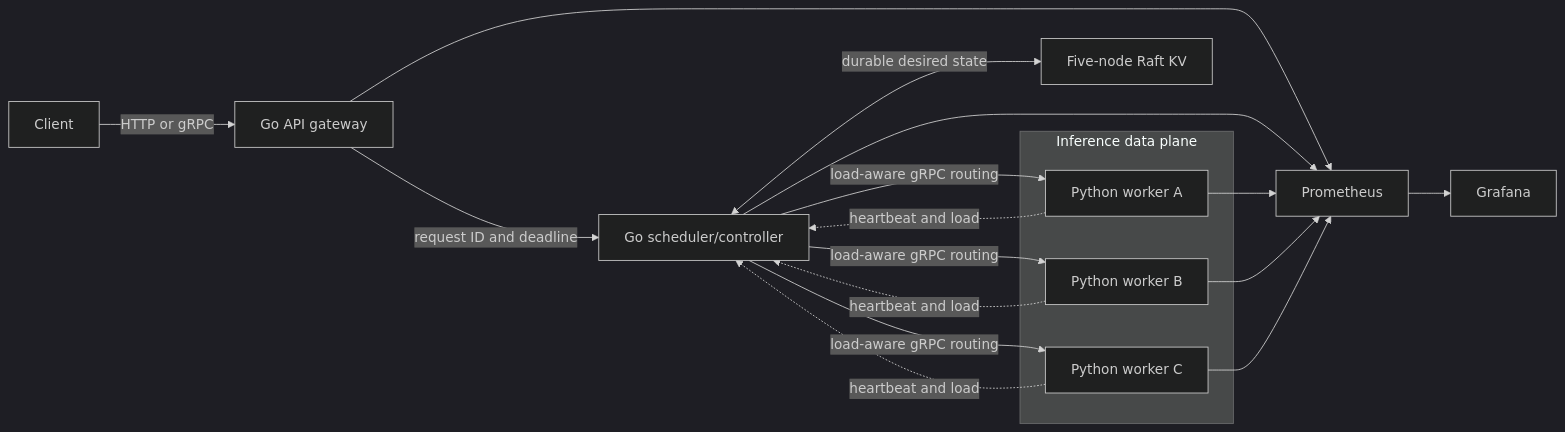
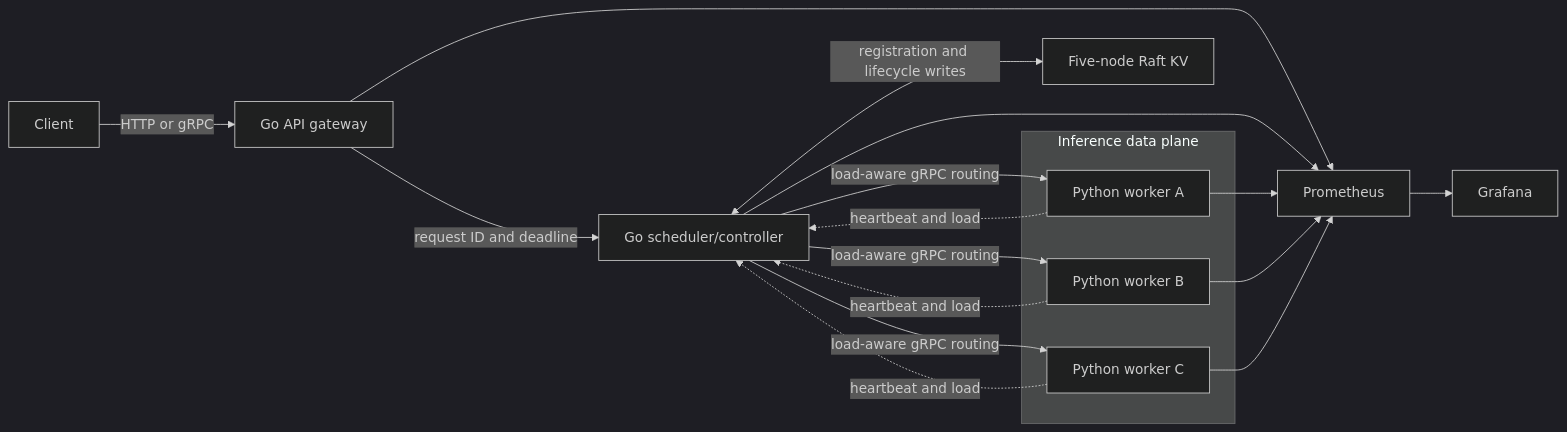
Before and after one commit to jiholee5217/distributed-llm-inference-platform: the first of 6 diagrams in docs/diagrams.md, drawn with Mermaid (dark theme). The commit also changed other lines of this file and 54 other files, not shown here.

````diff
--- a/docs/diagrams.md
+++ b/docs/diagrams.md
@@ -12,26 +14,26 @@
 ```mermaid
 flowchart LR
     C["Client"] -->|"HTTP or gRPC"| G["Go API gateway"]
     G -->|"request ID and deadline"| S["Go scheduler/controller"]
-    S <-->|"durable desired state"| K["Five-node Raft KV"]
+    S <-->|"registration and lifecycle writes"| K["Five-node Raft KV"]
 
     subgraph P["Inference data plane"]
         W1["Python worker A"]
         W2["Python worker B"]
         W3["Python worker C"]
     end
 
     S -->|"load-aware gRPC routing"| W1
     S -->|"load-aware gRPC routing"| W2
     S -->|"load-aware gRPC routing"| W3
     W1 -.->|"heartbeat and load"| S
     W2 -.->|"heartbeat and load"| S
     W3 -.->|"heartbeat and load"| S
 
     G --> M["Prometheus"]
     S --> M
     W1 --> M
     W2 --> M
     W3 --> M
     M --> D["Grafana"]
 ```
````
